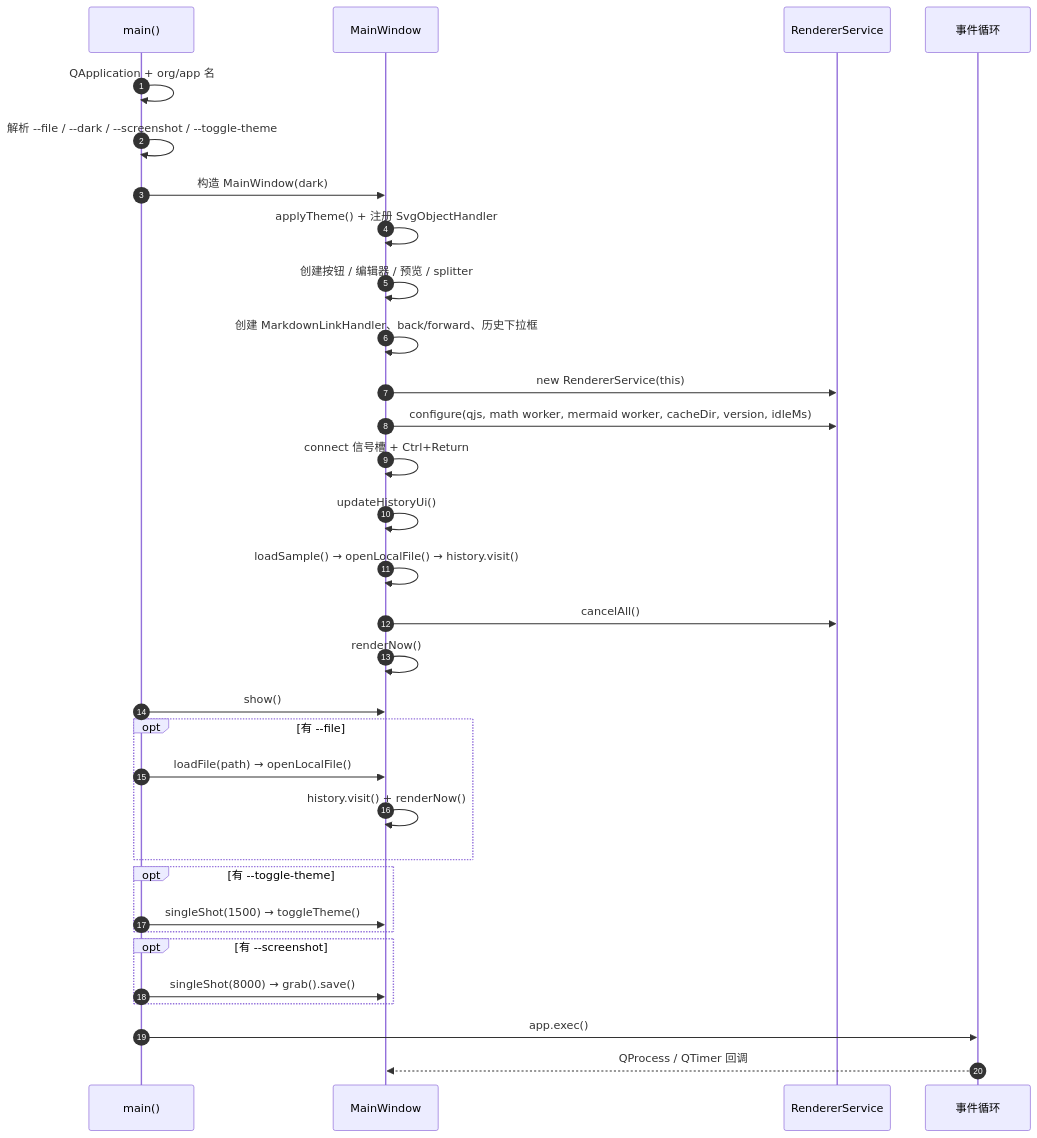
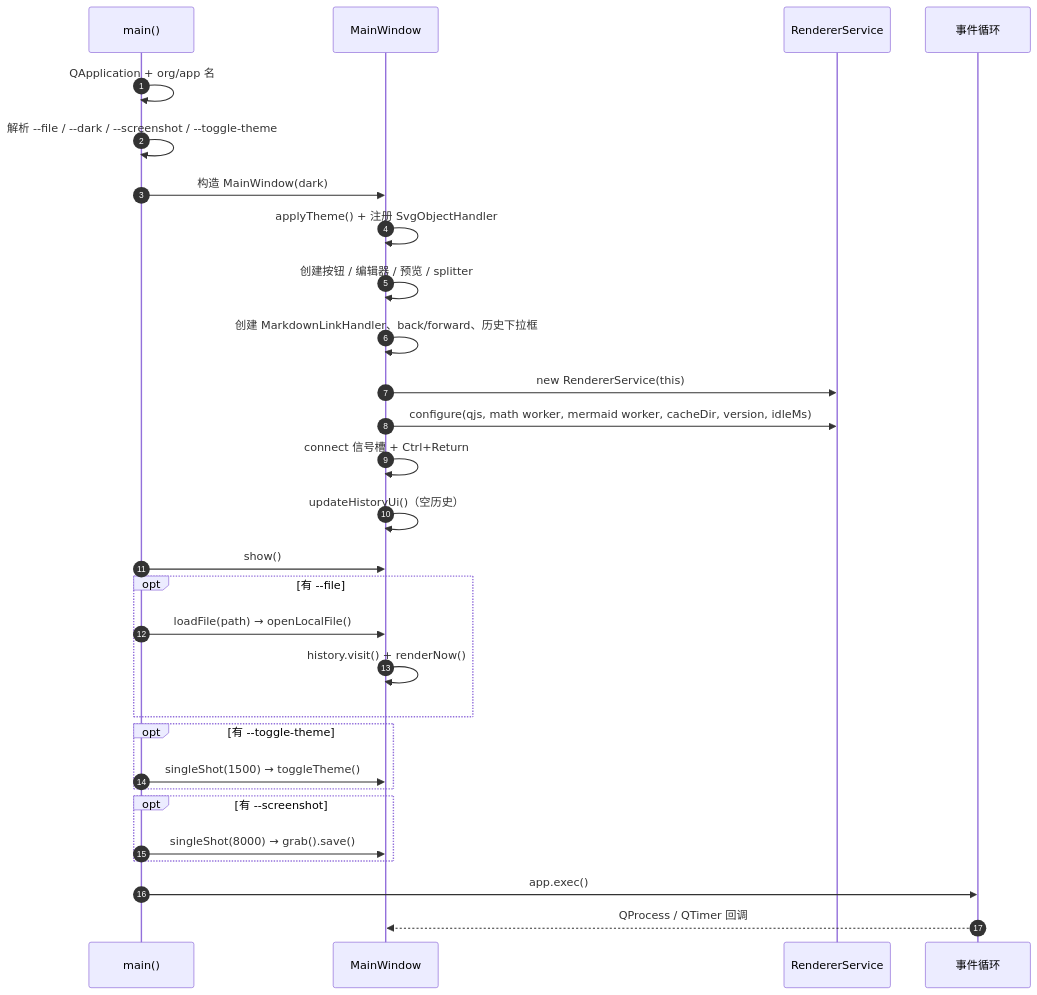
The first of 9 diagrams in docs/FLOW.md (iLogIng/qt-rich-text-renderer), drawn with Mermaid before and after one commit. The commit also changed 4 other files, not shown here.

First line of the commit message:
docs: describe blank startup, the Load button, and explicit sample loading

````diff
--- a/docs/FLOW.md
+++ b/docs/FLOW.md
@@ -11,35 +11,32 @@
 ```mermaid
 sequenceDiagram
     autonumber
     participant M as main()
     participant W as MainWindow
     participant S as RendererService
     participant E as 事件循环
 
     M->>M: QApplication + org/app 名
     M->>M: 解析 --file / --dark / --screenshot / --toggle-theme
     M->>W: 构造 MainWindow(dark)
     W->>W: applyTheme() + 注册 SvgObjectHandler
     W->>W: 创建按钮 / 编辑器 / 预览 / splitter
     W->>W: 创建 MarkdownLinkHandler、back/forward、历史下拉框
     W->>S: new RendererService(this)
     W->>S: configure(qjs, math worker, mermaid worker, cacheDir, version, idleMs)
     W->>W: connect 信号槽 + Ctrl+Return
-    W->>W: updateHistoryUi()
-    W->>W: loadSample() → openLocalFile() → history.visit()
-    W->>S: cancelAll()
-    W->>W: renderNow()
+    W->>W: updateHistoryUi()（空历史）
     M->>W: show()
     opt 有 --file
         M->>W: loadFile(path) → openLocalFile()
         W->>W: history.visit() + renderNow()
     end
     opt 有 --toggle-theme
         M->>W: singleShot(1500) → toggleTheme()
     end
     opt 有 --screenshot
         M->>W: singleShot(8000) → grab().save()
     end
     M->>E: app.exec()
     E-->>W: QProcess / QTimer 回调
 ```
````
